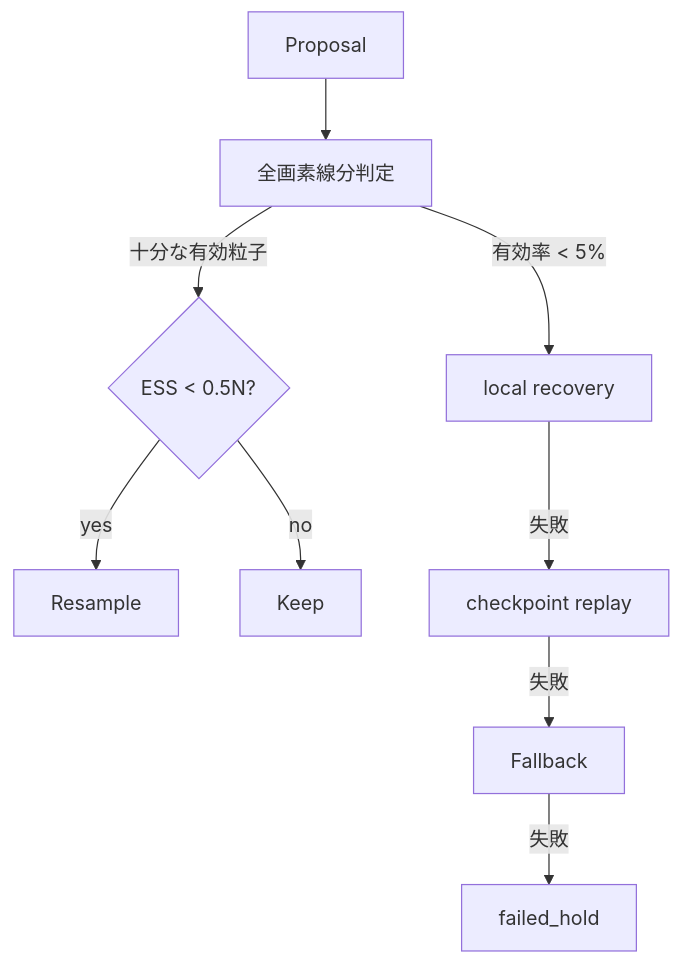
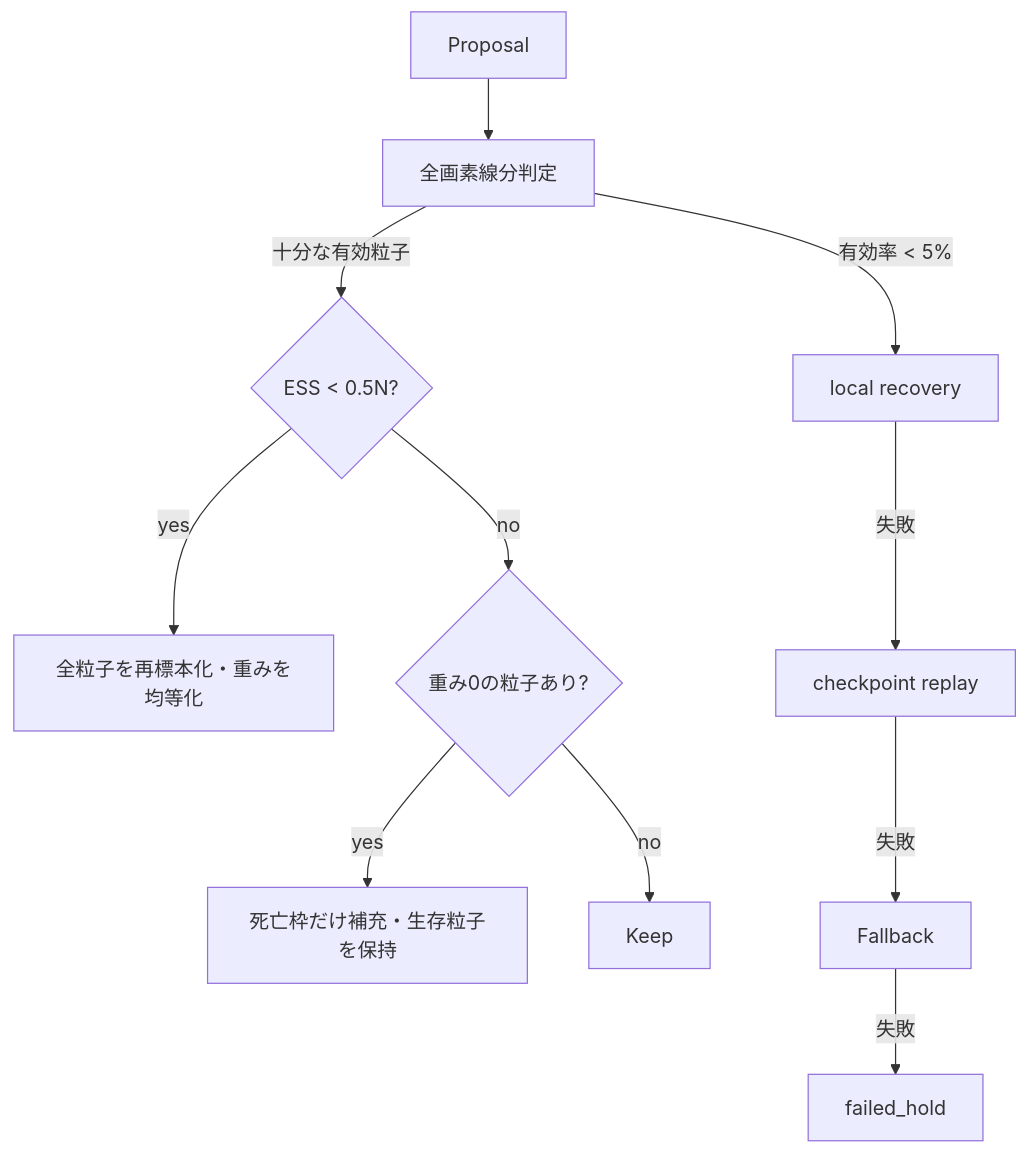
One commit to kajiLabTeam/rikka changed the diagram in docs/code-reading/16_map-matching-and-recovery.md. Above: the diagram before and after it, drawn with Mermaid. The commit also changed other lines of this file and 35 other files, not shown here.

````diff
--- a/docs/code-reading/16_map-matching-and-recovery.md
+++ b/docs/code-reading/16_map-matching-and-recovery.md
@@ -54,11 +54,13 @@
 ```mermaid
 flowchart TD
     Proposal --> Check[全画素線分判定]
     Check -->|十分な有効粒子| ESS{ESS < 0.5N?}
-    ESS -->|yes| Resample
-    ESS -->|no| Keep
+    ESS -->|yes| Full[全粒子を再標本化・重みを均等化]
+    ESS -->|no| Dead{重み0の粒子あり?}
+    Dead -->|yes| Resample[死亡枠だけ補充・生存粒子を保持]
+    Dead -->|no| Keep
     Check -->|有効率 < 5%| Local[local recovery]
     Local -->|失敗| Replay[checkpoint replay]
     Replay -->|失敗| Fallback
     Fallback -->|失敗| Hold[failed_hold]
 ```
````
